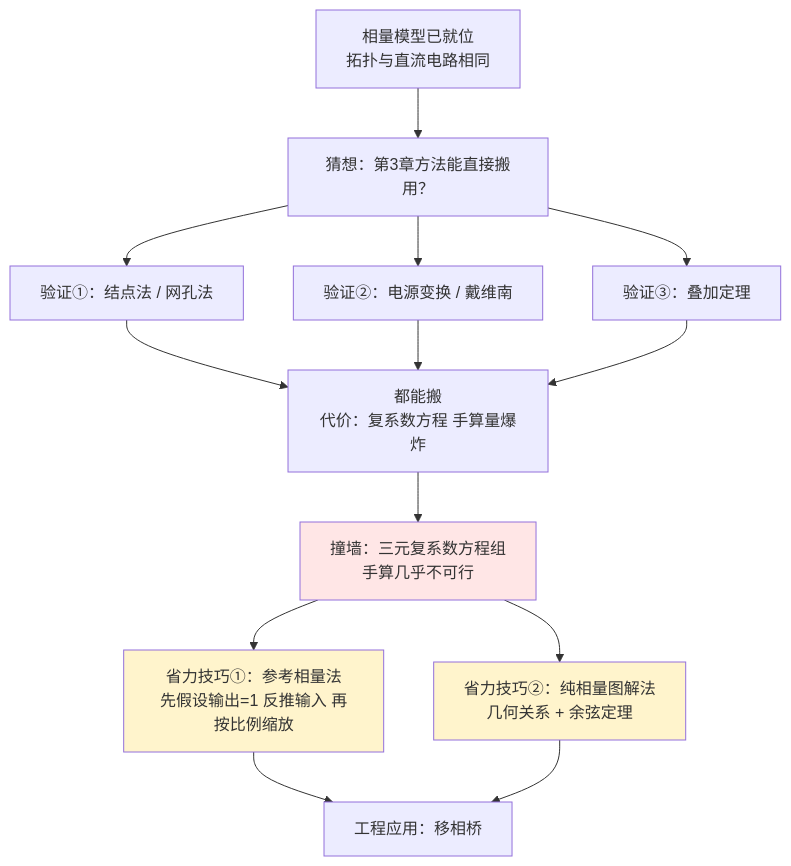
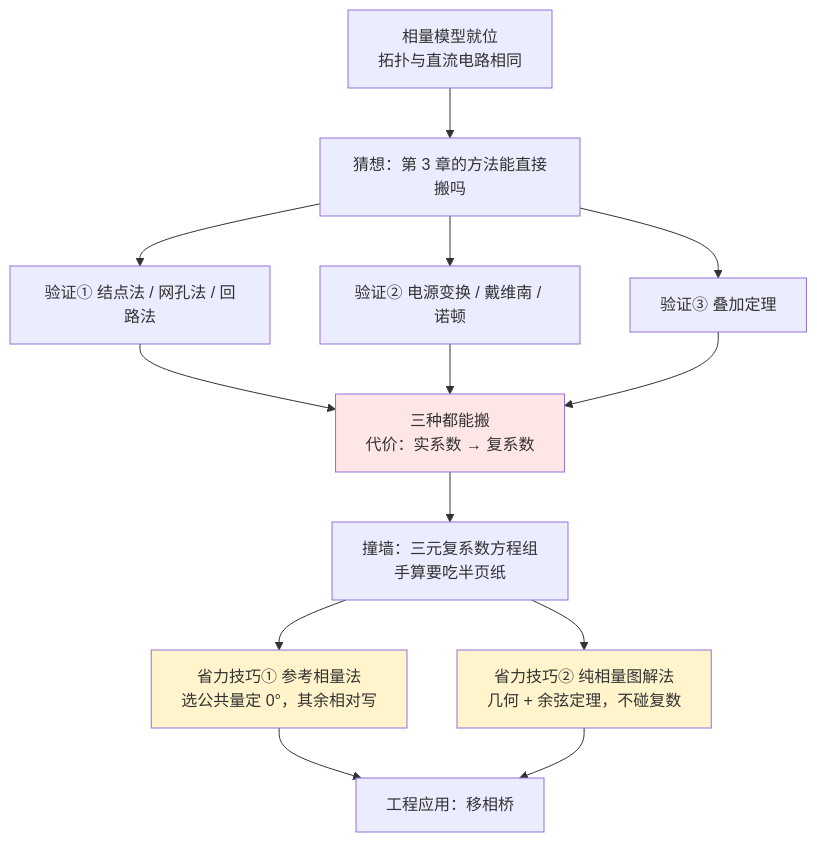
Before and after one commit to KayeAdams515/ClaudeNotes: the diagram in 电路基础/C4.3 正弦稳态电路的一般分析.md, drawn with Mermaid. The commit also changed other lines of this file and 352 other files, not shown here.

````diff
--- a/电路基础/C4.3 正弦稳态电路的一般分析.md
+++ b/电路基础/C4.3 正弦稳态电路的一般分析.md
@@ -20,18 +26,18 @@
 ```mermaid
 graph TD
-    A["相量模型已就位<br/>拓扑与直流电路相同"] --> B["猜想：第3章方法能直接搬用？"]
-    B --> C["验证①：结点法 / 网孔法"]
-    B --> D["验证②：电源变换 / 戴维南"]
-    B --> E["验证③：叠加定理"]
-    C --> F["都能搬<br/>代价：复系数方程 手算量爆炸"]
+    A["相量模型就位<br/>拓扑与直流电路相同"] --> B["猜想：第 3 章的方法能直接搬吗"]
+    B --> C["验证① 结点法 / 网孔法 / 回路法"]
+    B --> D["验证② 电源变换 / 戴维南 / 诺顿"]
+    B --> E["验证③ 叠加定理"]
+    C --> F["三种都能搬<br/>代价：实系数 → 复系数"]
     D --> F
     E --> F
-    F --> G["撞墙：三元复系数方程组<br/>手算几乎不可行"]
-    G --> H["省力技巧①：参考相量法<br/>先假设输出=1 反推输入 再按比例缩放"]
-    G --> I["省力技巧②：纯相量图解法<br/>几何关系 + 余弦定理"]
+    F --> G["撞墙：三元复系数方程组<br/>手算要吃半页纸"]
+    G --> H["省力技巧① 参考相量法<br/>选公共量定 0°，其余相对写"]
+    G --> I["省力技巧② 纯相量图解法<br/>几何 + 余弦定理，不碰复数"]
     H --> J["工程应用：移相桥"]
     I --> J
-    style G fill:#ffe6e6
+    style F fill:#ffe6e6
     style H fill:#fff4cc
     style I fill:#fff4cc
 ```
````
